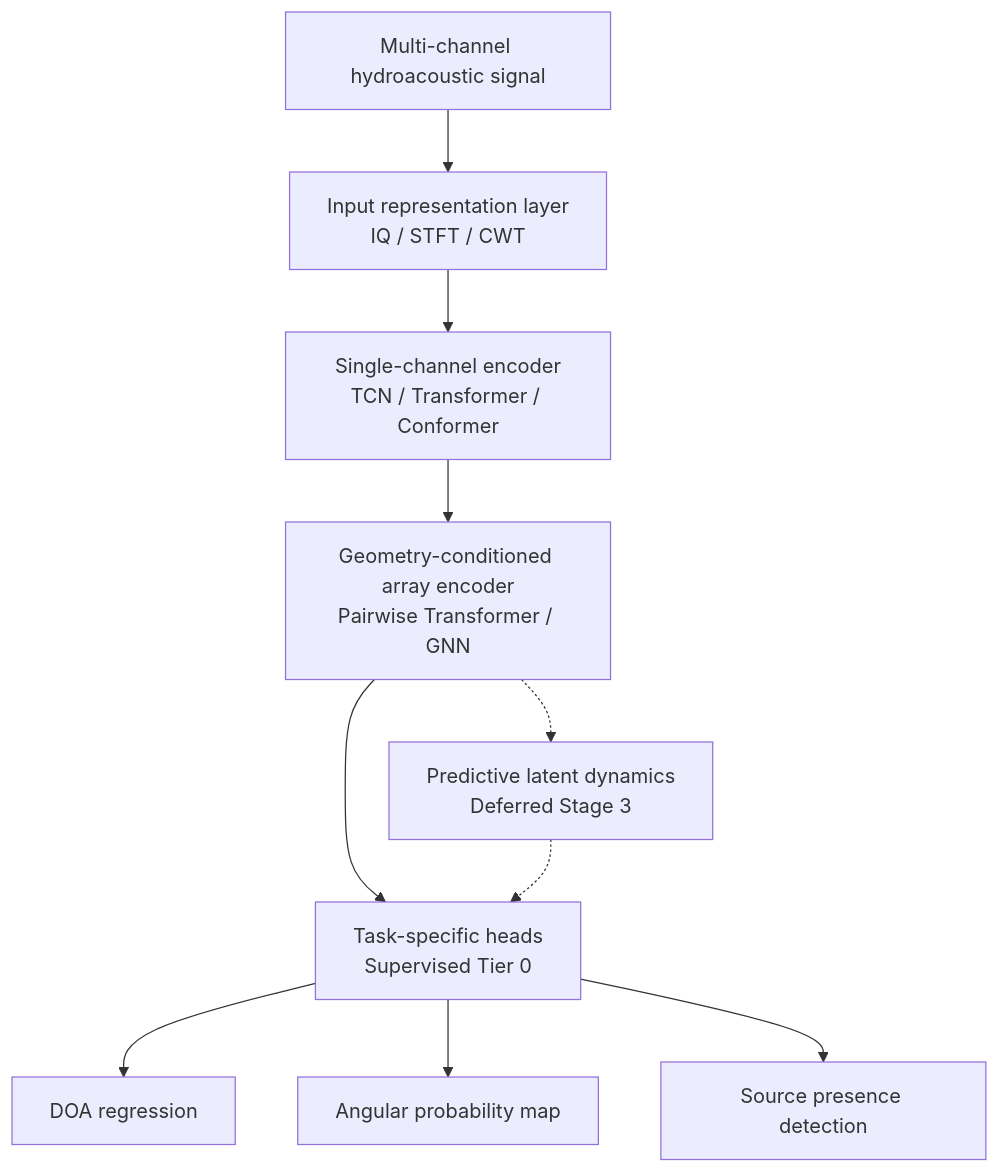
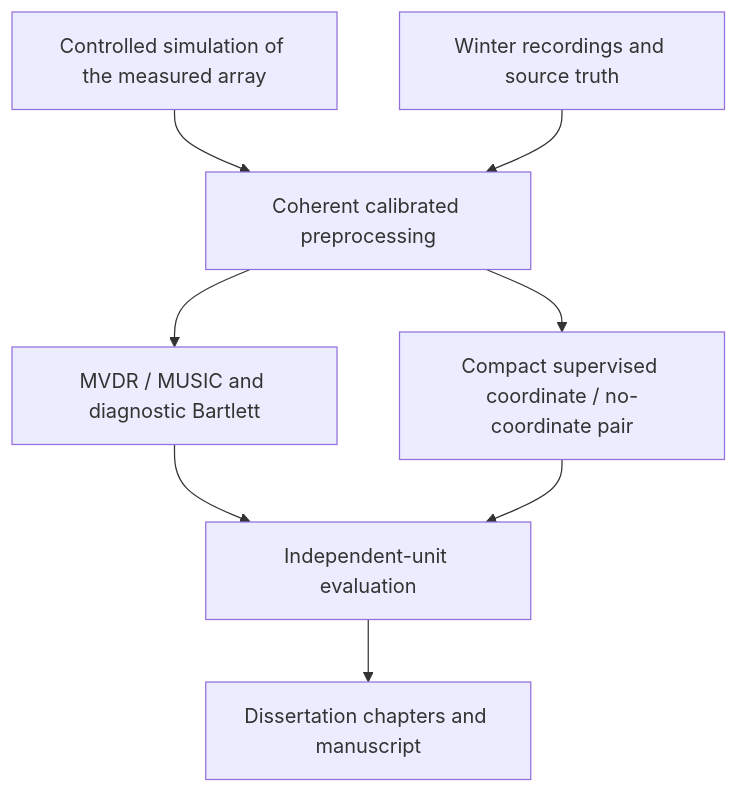
The diagram in docs/research/framework/overview.md (NikitaS2001/hydroacoustic-doa), drawn with Mermaid before and after one commit. The commit also changed other lines of this file and 32 other files, not shown here.

````diff
--- a/docs/research/framework/overview.md
+++ b/docs/research/framework/overview.md
@@ -39,12 +20,10 @@
 ```mermaid
 graph TD
-    A[Multi-channel hydroacoustic signal] --> B[Input representation layer<br/>IQ / STFT / CWT]
-    B --> C[Single-channel encoder<br/>TCN / Transformer / Conformer]
-    C --> D[Geometry-conditioned array encoder<br/>Pairwise Transformer / GNN]
-    D --> F[Task-specific heads<br/>Supervised Tier 0]
-    D -.-> E[Predictive latent dynamics<br/>Deferred Stage 3]
-    E -.-> F
-    F --> G[DOA regression]
-    F --> H[Angular probability map]
-    F --> I[Source presence detection]
+    S[Controlled simulation of the measured array] --> P[Coherent calibrated preprocessing]
+    R[Winter recordings and source truth] --> P
+    P --> C[MVDR / MUSIC and diagnostic Bartlett]
+    P --> N[Compact supervised coordinate / no-coordinate pair]
+    C --> E[Independent-unit evaluation]
+    N --> E
+    E --> W[Dissertation chapters and manuscript]
 ```
````
